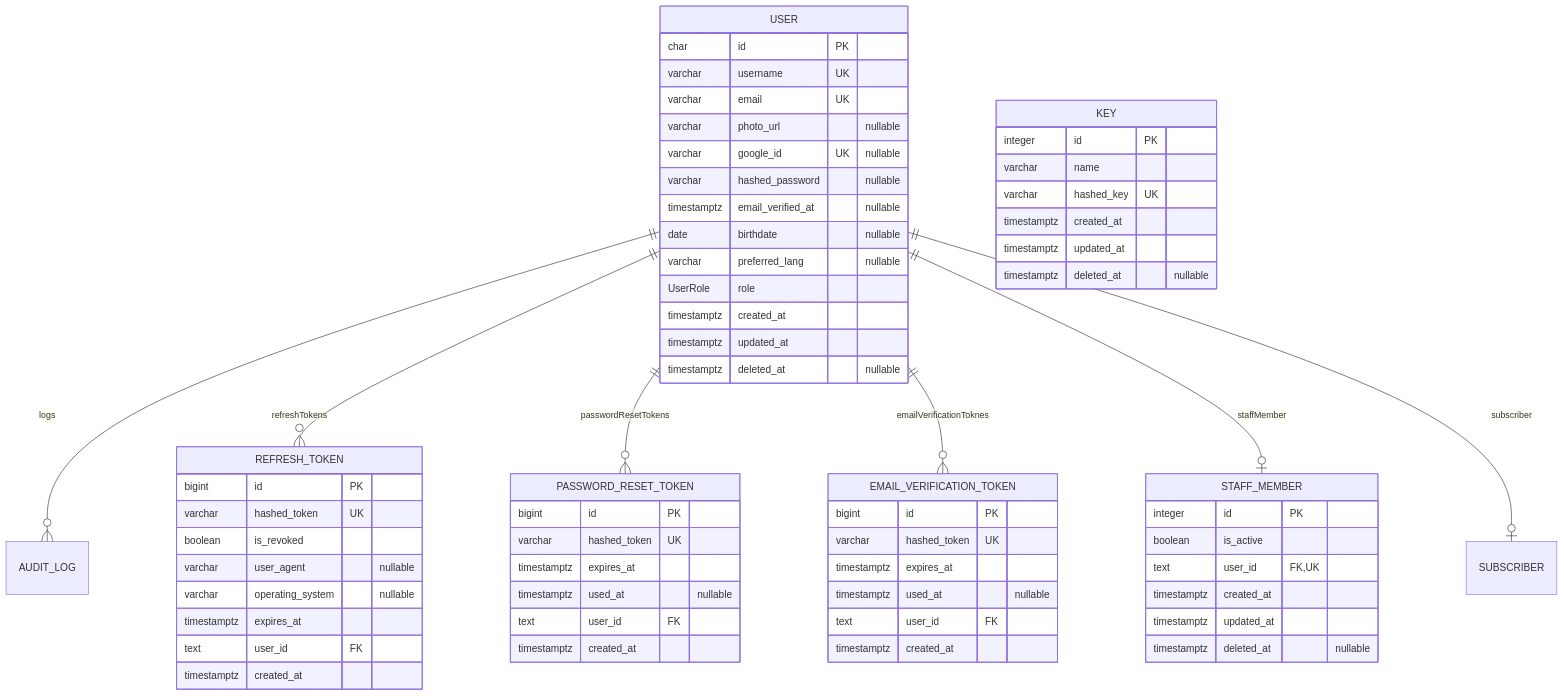
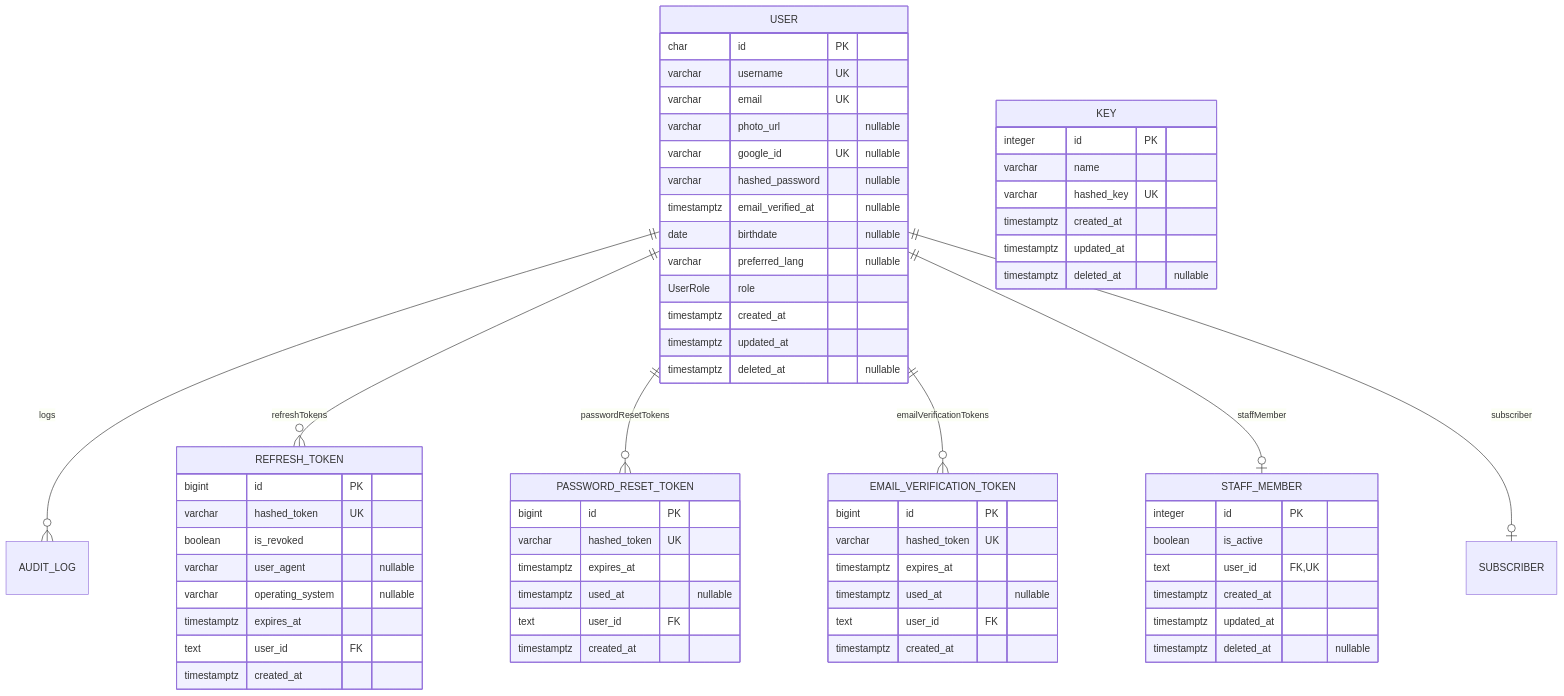
One commit to kelthon/roobra-api changed the first of 4 diagrams in docs/reference/data-model.md. Above: the diagram before and after it, drawn with Mermaid. The commit also changed other lines of this file and 2 other files, not shown here.

First line of the commit message:
fix(prisma): name the email verification table and relation like the others

````diff
--- a/docs/reference/data-model.md
+++ b/docs/reference/data-model.md
@@ -37,69 +37,69 @@
 ```mermaid
 erDiagram
     accTitle: Auth & Identity entities
     accDescr: Users with their sessions, one-time tokens and staff profile, and the stand-alone keys table.
 
     USER {
         char id PK
         varchar username UK
         varchar email UK
         varchar photo_url "nullable"
         varchar google_id UK "nullable"
         varchar hashed_password "nullable"
         timestamptz email_verified_at "nullable"
         date birthdate "nullable"
         varchar preferred_lang "nullable"
         UserRole role
         timestamptz created_at
         timestamptz updated_at
         timestamptz deleted_at "nullable"
     }
     REFRESH_TOKEN {
         bigint id PK
         varchar hashed_token UK
         boolean is_revoked
         varchar user_agent "nullable"
         varchar operating_system "nullable"
         timestamptz expires_at
         text user_id FK
         timestamptz created_at
     }
     PASSWORD_RESET_TOKEN {
         bigint id PK
         varchar hashed_token UK
         timestamptz expires_at
         timestamptz used_at "nullable"
         text user_id FK
         timestamptz created_at
     }
     EMAIL_VERIFICATION_TOKEN {
         bigint id PK
         varchar hashed_token UK
         timestamptz expires_at
         timestamptz used_at "nullable"
         text user_id FK
         timestamptz created_at
     }
     KEY {
         integer id PK
         varchar name
         varchar hashed_key UK
         timestamptz created_at
         timestamptz updated_at
         timestamptz deleted_at "nullable"
     }
     STAFF_MEMBER {
         integer id PK
         boolean is_active
         text user_id FK,UK
         timestamptz created_at
         timestamptz updated_at
         timestamptz deleted_at "nullable"
     }
     USER ||--o{ AUDIT_LOG : "logs"
     USER ||--o{ REFRESH_TOKEN : "refreshTokens"
     USER ||--o{ PASSWORD_RESET_TOKEN : "passwordResetTokens"
-    USER ||--o{ EMAIL_VERIFICATION_TOKEN : "emailVerificationToknes"
+    USER ||--o{ EMAIL_VERIFICATION_TOKEN : "emailVerificationTokens"
     USER ||--o| STAFF_MEMBER : "staffMember"
     USER ||--o| SUBSCRIBER : "subscriber"
 ```
````
